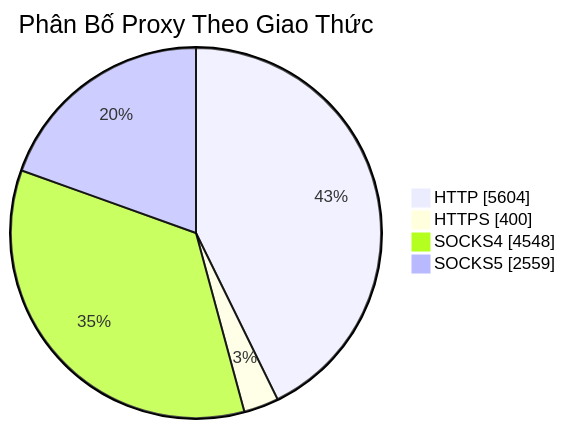
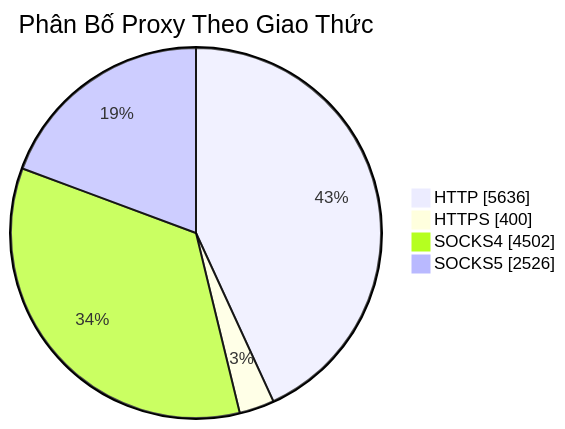
The diagram in README.md (Ciara-Aa/PROXY-free), drawn with Mermaid before and after one commit. The commit also changed other lines of this file and 4 other files, not shown here.

````diff
--- a/README.md
+++ b/README.md
@@ -26,7 +26,7 @@
 ```mermaid
 pie showData title Phân Bố Proxy Theo Giao Thức
-    "HTTP" : 5604
+    "HTTP" : 5636
     "HTTPS" : 400
-    "SOCKS4" : 4548
-    "SOCKS5" : 2559
+    "SOCKS4" : 4502
+    "SOCKS5" : 2526
 ```
````
